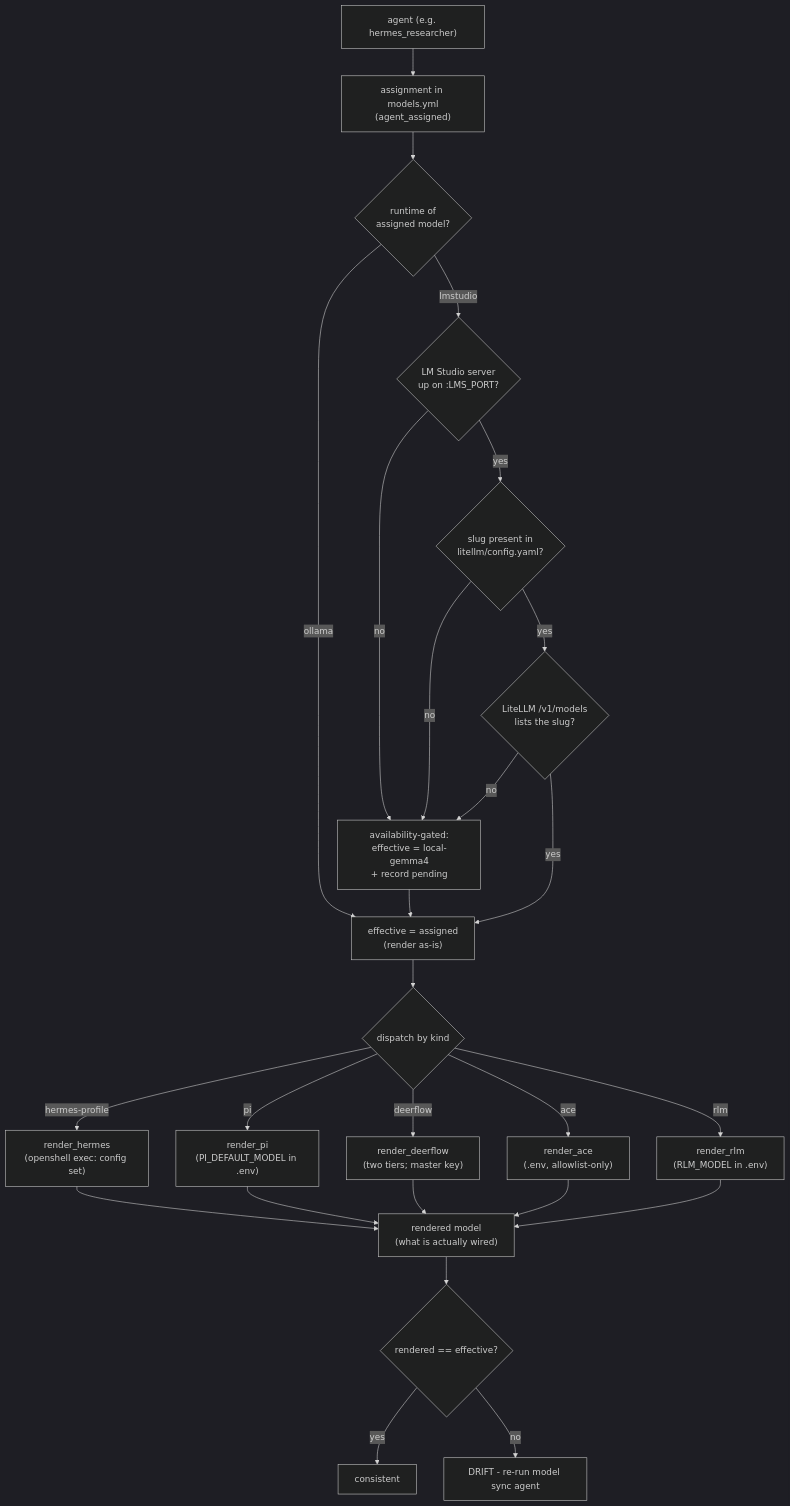
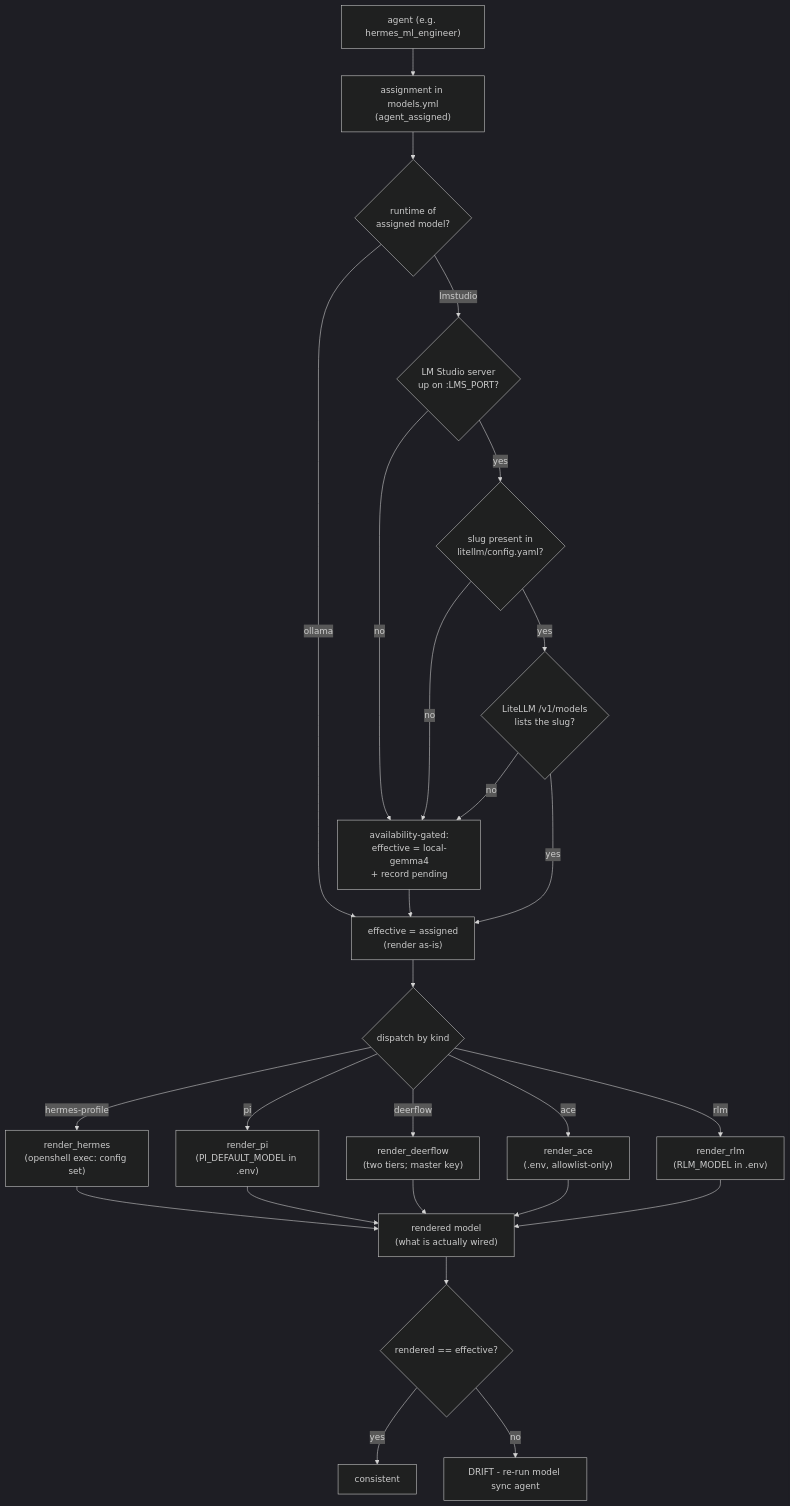
One commit to mayssamj/versatile-ai-stack changed the sixth of 21 diagrams in doc/DIAGRAMS.md. Above: the diagram before and after it, drawn with Mermaid (dark theme). The commit also changed other lines of this file and 17 other files, not shown here.

````diff
--- a/doc/DIAGRAMS.md
+++ b/doc/DIAGRAMS.md
@@ -382,34 +387,34 @@
 ```mermaid
 flowchart TB
-  A["agent (e.g. hermes_researcher)"] --> ASG["assignment in models.yml<br/>(agent_assigned)"]
+  A["agent (e.g. hermes_ml_engineer)"] --> ASG["assignment in models.yml<br/>(agent_assigned)"]
   ASG --> RT{runtime of<br/>assigned model?}
 
   RT -- ollama --> EFF["effective = assigned<br/>(render as-is)"]
 
   RT -- lmstudio --> G1{LM Studio server<br/>up on :LMS_PORT?}
   G1 -- no --> FB
   G1 -- yes --> G2{slug present in<br/>litellm/config.yaml?}
   G2 -- no --> FB
   G2 -- yes --> G3{LiteLLM /v1/models<br/>lists the slug?}
   G3 -- no --> FB
   G3 -- yes --> EFF
 
   FB["availability-gated:<br/>effective = local-gemma4<br/>+ record pending"] --> EFF
 
   EFF --> DISP{dispatch by kind}
   DISP -- hermes-profile --> RH["render_hermes<br/>(openshell exec: config set)"]
   DISP -- pi --> RP["render_pi<br/>(PI_DEFAULT_MODEL in .env)"]
   DISP -- deerflow --> RD["render_deerflow<br/>(two tiers; master key)"]
   DISP -- ace --> RA["render_ace<br/>(.env, allowlist-only)"]
   DISP -- rlm --> RR["render_rlm<br/>(RLM_MODEL in .env)"]
 
   RH --> RDR["rendered model<br/>(what is actually wired)"]
   RP --> RDR
   RD --> RDR
   RA --> RDR
   RR --> RDR
 
   RDR --> DR{rendered == effective?}
   DR -- yes --> OK["consistent"]
   DR -- no --> DRIFT["DRIFT - re-run model sync agent"]
 ```
````
